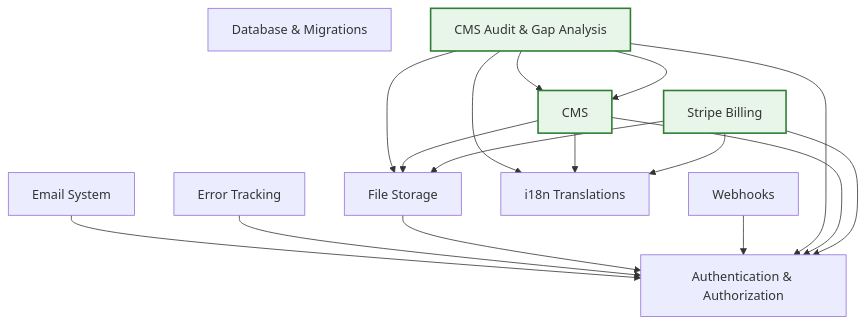
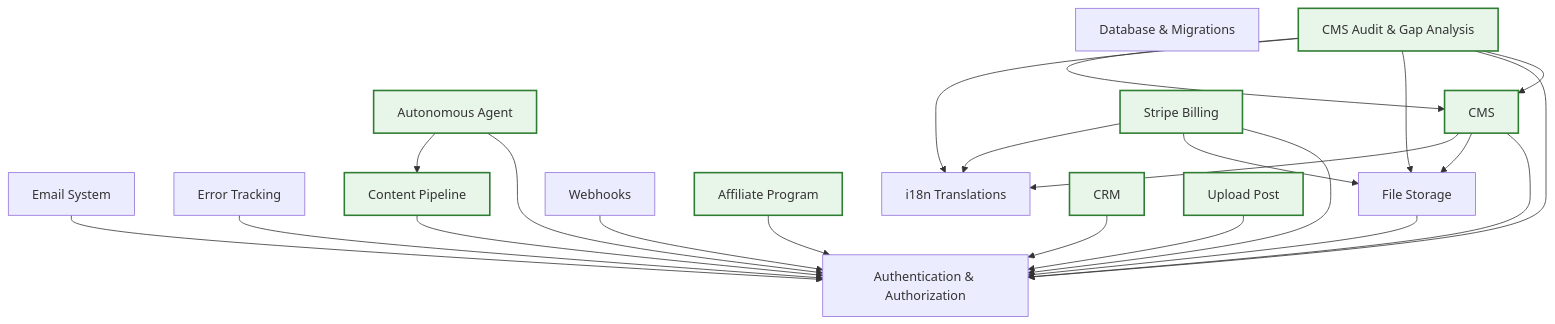
The diagram in docs/ARCHITECTURE.md (ADCP-dev/worldbid-api), drawn with Mermaid before and after one commit. The commit also changed other lines of this file and 89 other files, not shown here.

````diff
--- a/docs/ARCHITECTURE.md
+++ b/docs/ARCHITECTURE.md
@@ -63,30 +68,41 @@
 ```mermaid
 graph TD
   auth["Authentication & Authorization"]
   database["Database & Migrations"]
   email["Email System"]
   error-logging["Error Tracking"]
   storage["File Storage"]
   translations["i18n Translations"]
   webhooks["Webhooks"]
+  affiliate["Affiliate Program"]:::ext
+  autonomous-agent["Autonomous Agent"]:::ext
   cms-audit["CMS Audit & Gap Analysis"]:::ext
   cms["CMS"]:::ext
+  content-pipeline["Content Pipeline"]:::ext
+  crm["CRM"]:::ext
   stripe["Stripe Billing"]:::ext
+  upload-post["Upload Post"]:::ext
   email --> auth
   error-logging --> auth
   storage --> auth
   webhooks --> auth
+  affiliate --> auth
+  autonomous-agent --> auth
+  autonomous-agent --> content-pipeline
   cms-audit --> cms
   cms-audit --> auth
   cms-audit --> storage
   cms-audit --> translations
   cms-audit --> cms
   cms --> auth
   cms --> storage
   cms --> translations
+  content-pipeline --> auth
+  crm --> auth
   stripe --> auth
   stripe --> storage
   stripe --> translations
+  upload-post --> auth
 
   classDef ext fill:#e8f5e9,stroke:#2e7d32,stroke-width:2px;
 ```
````
